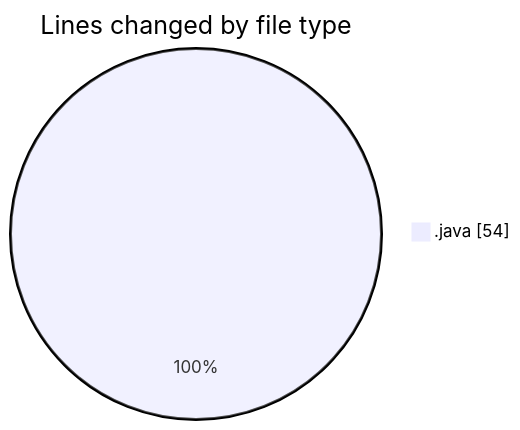
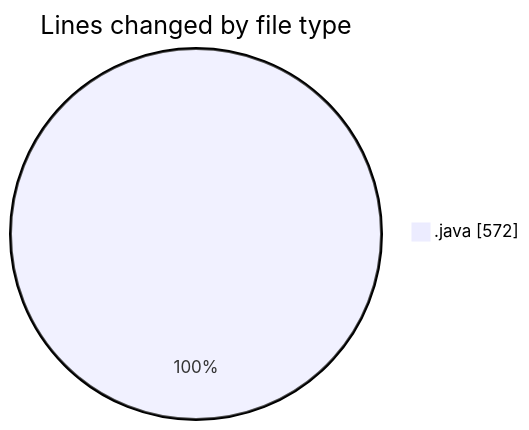
The first of 2 diagrams in 2026-03-18/cilreports__workspace_/README.md (ricardozamudiocil/code-tracking), drawn with Mermaid before and after one commit. The commit also changed other lines of this file and 1 other file, not shown here.

````diff
--- a/2026-03-18/cilreports__workspace_/README.md
+++ b/2026-03-18/cilreports__workspace_/README.md
@@ -20,5 +21,5 @@
 ```mermaid
 pie showData
 title Lines changed by file type
-".java" : 54
+".java" : 572
 ```
````
